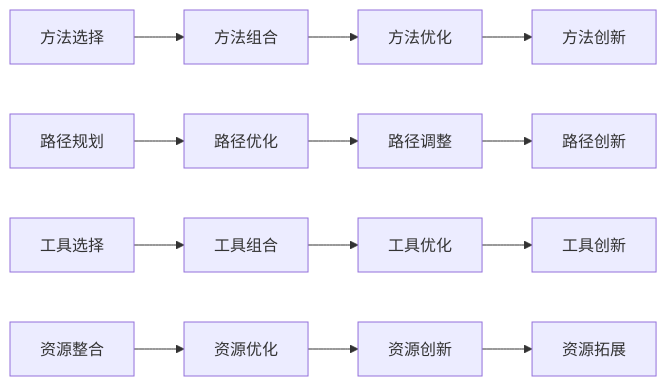
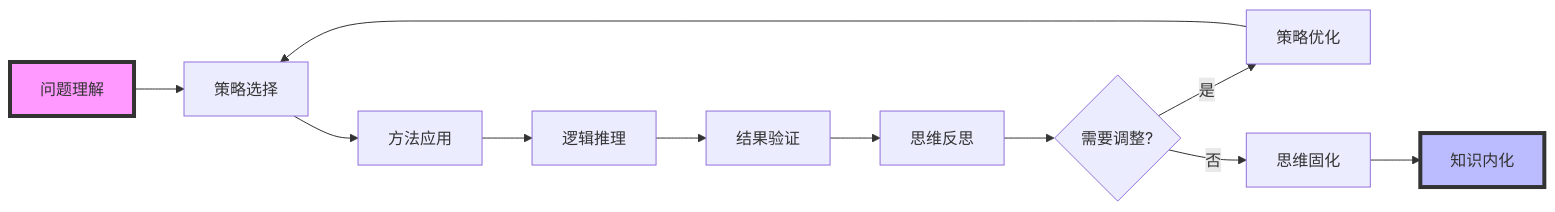
Before and after one commit to AdaMartin18010/SeniorMath: the second of 10 diagrams in mindmaps/flow-charts/数学思维流程图.md, drawn with Mermaid. The commit also changed other lines of this file and 36 other files, not shown here.

````diff
--- a/mindmaps/flow-charts/数学思维流程图.md
+++ b/mindmaps/flow-charts/数学思维流程图.md
@@ -80,18 +53,18 @@
 ```mermaid
 graph LR
-    A1[方法选择] --> A2[方法组合]
-    A2 --> A3[方法优化]
-    A3 --> A4[方法创新]
+    A[问题理解] --> B[策略选择]
+    B --> C[方法应用]
+    C --> D[逻辑推理]
+    D --> E[结果验证]
+    E --> F[思维反思]
     
-    B1[路径规划] --> B2[路径优化]
-    B2 --> B3[路径调整]
-    B3 --> B4[路径创新]
+    F --> G{需要调整?}
+    G -->|是| H[策略优化]
+    G -->|否| I[思维固化]
     
-    C1[工具选择] --> C2[工具组合]
-    C2 --> C3[工具优化]
-    C3 --> C4[工具创新]
+    H --> B
+    I --> J[知识内化]
     
-    D1[资源整合] --> D2[资源优化]
-    D2 --> D3[资源创新]
-    D3 --> D4[资源拓展]
+    style A fill:#f9f,stroke:#333,stroke-width:4px
+    style J fill:#bbf,stroke:#333,stroke-width:4px
 ```
````
